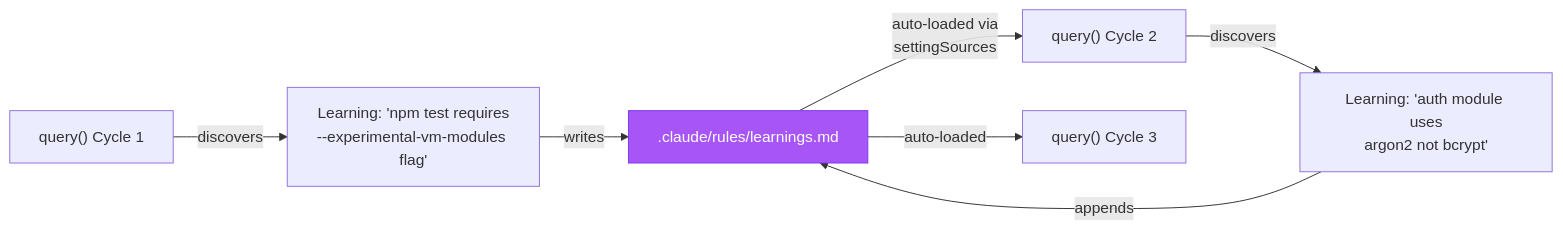
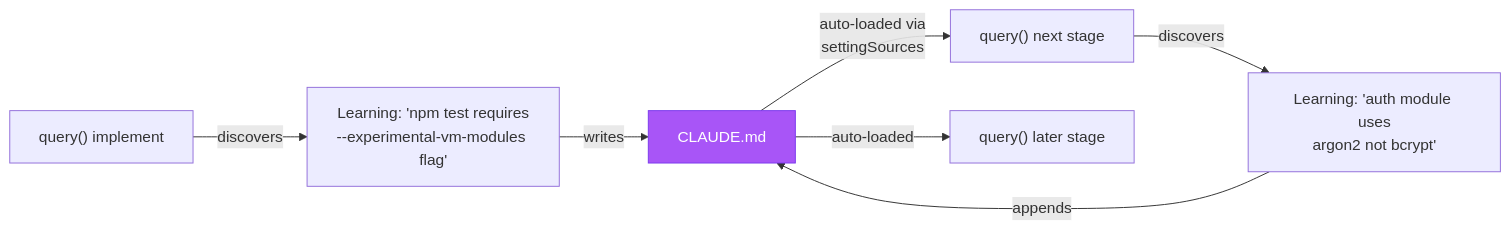
The fifth of 11 diagrams in docs/SOLUTION.md (lukaskellerstein/dex), drawn with Mermaid before and after one commit. The commit also changed other lines of this file and 217 other files, not shown here.

````diff
--- a/docs/SOLUTION.md
+++ b/docs/SOLUTION.md
@@ -237,11 +241,11 @@
 ```mermaid
 flowchart LR
-    Q1["query() Cycle 1"] -->|discovers| L1["Learning: 'npm test requires\n--experimental-vm-modules flag'"]
-    L1 -->|writes| FILE[".claude/rules/learnings.md"]
-    FILE -->|auto-loaded via\nsettingSources| Q2["query() Cycle 2"]
+    Q1["query() implement"] -->|discovers| L1["Learning: 'npm test requires\n--experimental-vm-modules flag'"]
+    L1 -->|writes| FILE["CLAUDE.md"]
+    FILE -->|auto-loaded via\nsettingSources| Q2["query() next stage"]
     Q2 -->|discovers| L2["Learning: 'auth module uses\nargon2 not bcrypt'"]
     L2 -->|appends| FILE
-    FILE -->|auto-loaded| Q3["query() Cycle 3"]
+    FILE -->|auto-loaded| Q3["query() later stage"]
 
     style FILE fill:#a855f7,stroke:#7c3aed,color:#fff
 ```
````
